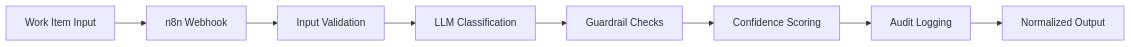
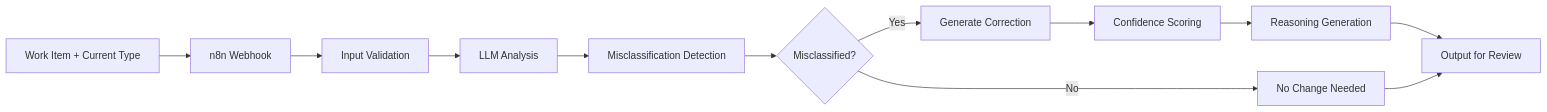
The diagram in README.md (chrisgallivan123/flow-type-corrector), drawn with Mermaid before and after one commit. The commit also changed other lines of this file, not shown here.

````diff
--- a/README.md
+++ b/README.md
@@ -127,10 +186,14 @@
 ```mermaid
 graph LR
-    A[Work Item Input] --> B[n8n Webhook]
+    A[Work Item + Current Type] --> B[n8n Webhook]
     B --> C[Input Validation]
-    C --> D[LLM Classification]
-    D --> E[Guardrail Checks]
-    E --> F[Confidence Scoring]
-    F --> G[Audit Logging]
-    G --> H[Normalized Output]
+    C --> D[LLM Analysis]
+    D --> E[Misclassification Detection]
+    E --> F{Misclassified?}
+    F -->|Yes| G[Generate Correction]
+    F -->|No| H[No Change Needed]
+    G --> I[Confidence Scoring]
+    I --> J[Reasoning Generation]
+    J --> K[Output for Review]
+    H --> K
 ```
````
